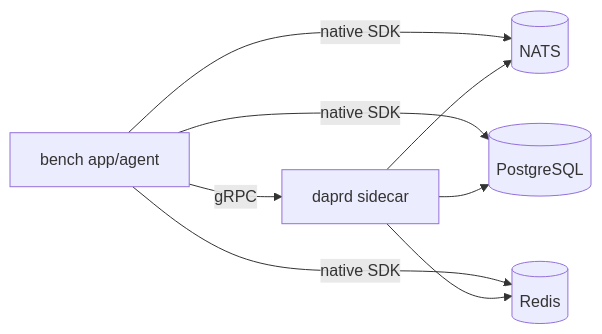
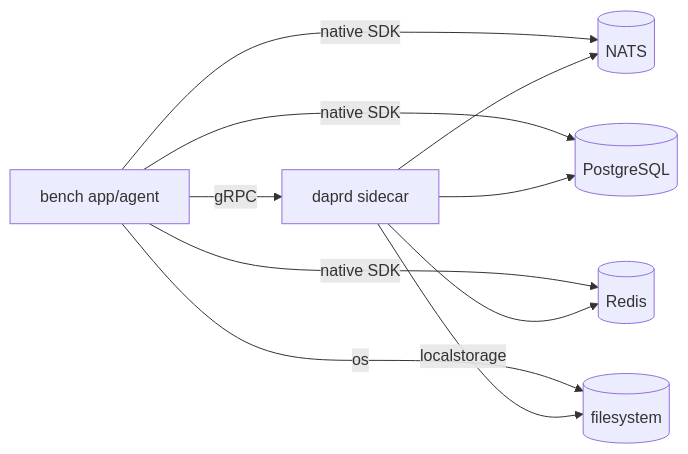
One commit to amirhnajafiz/dapr-io-bench changed the diagram in README.md. Above: the diagram before and after it, drawn with Mermaid. The commit also changed other lines of this file and 10 other files, not shown here.

````diff
--- a/README.md
+++ b/README.md
@@ -30,16 +37,19 @@
 ```mermaid
 flowchart LR
     App/Agent["bench app/agent"]
     NATS[("NATS")]
     PG[("PostgreSQL")]
     Redis[("Redis")]
+    FS[("filesystem")]
     Dapr["daprd sidecar"]
 
     App/Agent -->|native SDK| NATS
     App/Agent -->|native SDK| PG
     App/Agent -->|native SDK| Redis
+    App/Agent -->|os| FS
     App/Agent -->|gRPC| Dapr
     Dapr --> NATS
     Dapr --> PG
     Dapr --> Redis
+    Dapr -->|localstorage| FS
 ```
````
